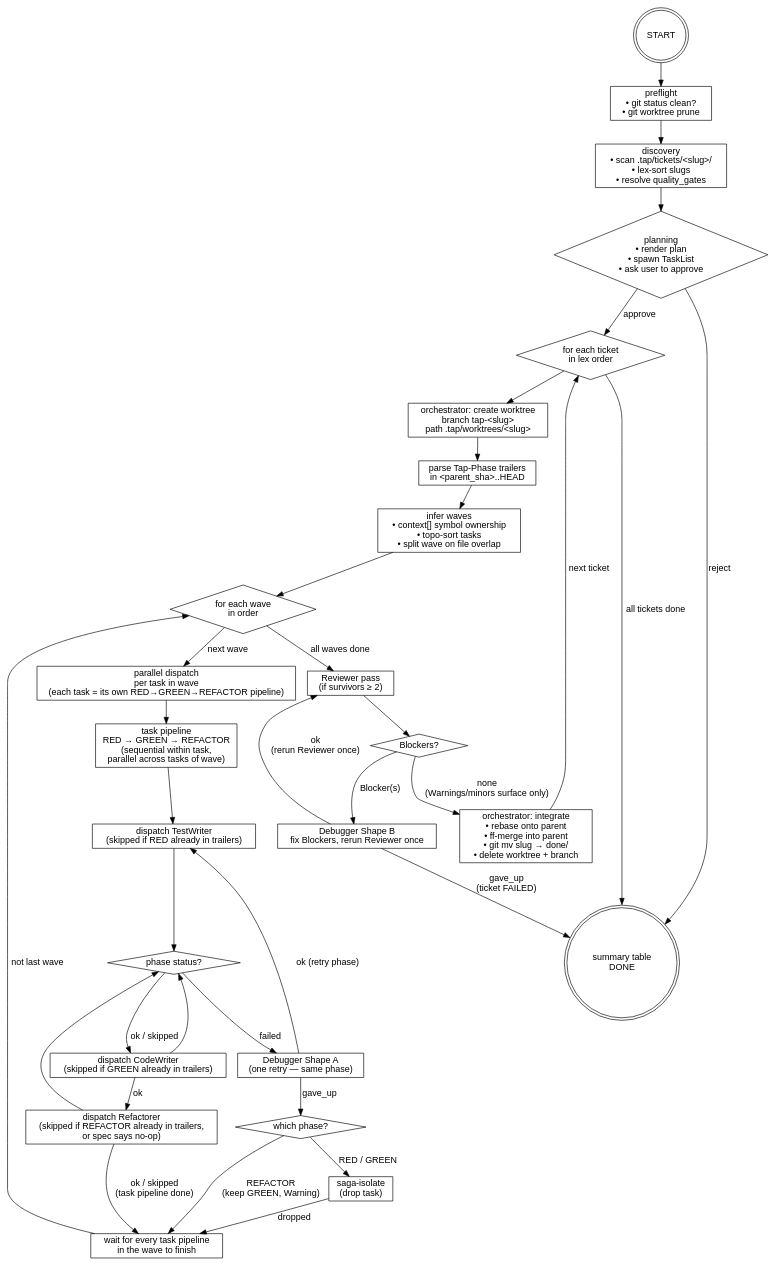
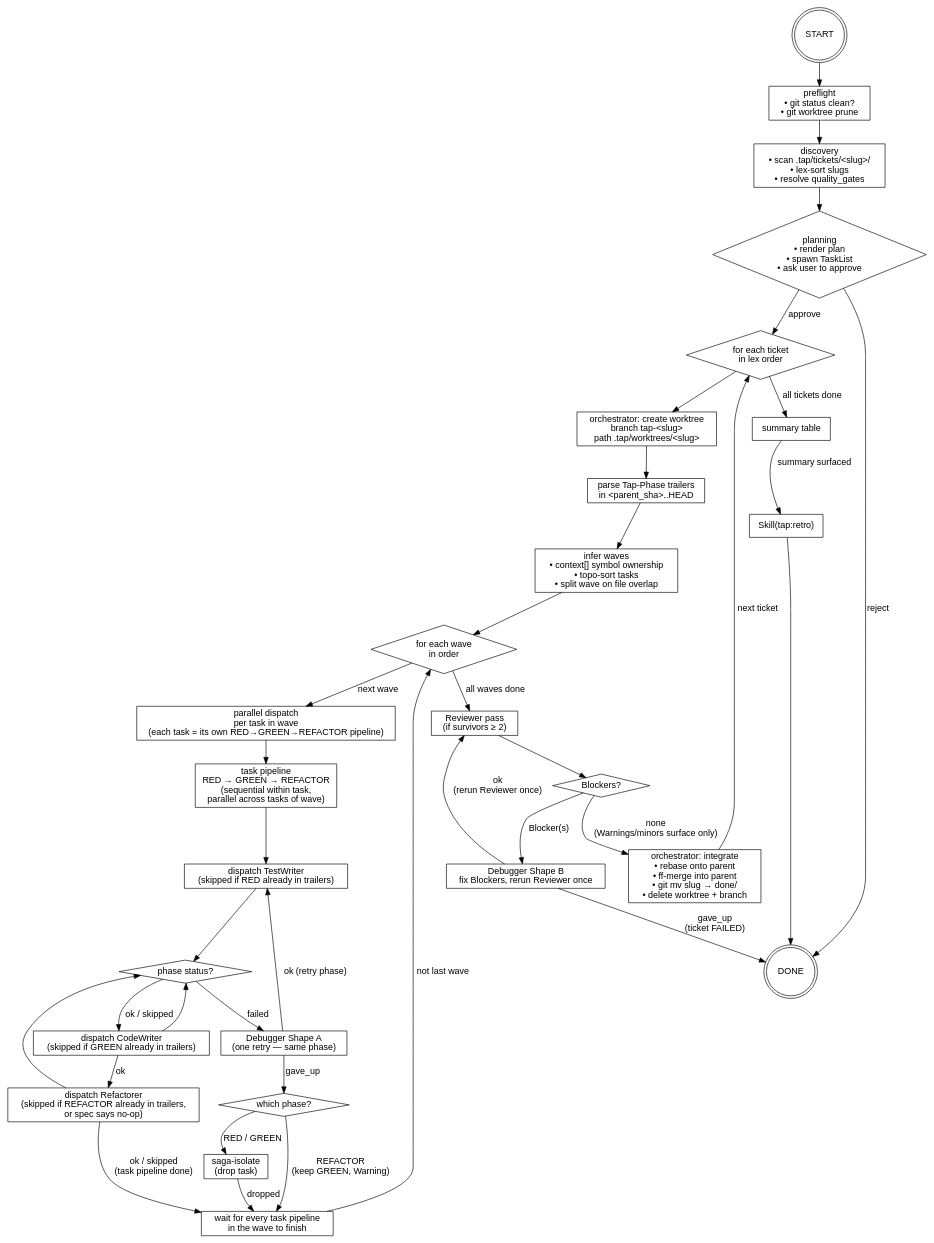
The diagram in skills/run/RUN_FLOW.md (bjspdn/tap-skills), drawn with Graphviz before and after one commit. The commit also changed other lines of this file and 5 other files, not shown here.

Commit message:
refactor: forkroad at tap:into + tap:retro instant spawn + tweaks

````diff
--- a/skills/run/RUN_FLOW.md
+++ b/skills/run/RUN_FLOW.md
@@ -7,66 +7,70 @@
 ```dot
 digraph tap_run {
   rankdir=TB;
   node  [shape=box, fontname="Helvetica"];
   edge  [fontname="Helvetica"];
 
   start      [label="START", shape=doublecircle];
   preflight  [label="preflight\n• git status clean?\n• git worktree prune"];
   discovery  [label="discovery\n• scan .tap/tickets/<slug>/\n• lex-sort slugs\n• resolve quality_gates"];
   planning   [label="planning\n• render plan\n• spawn TaskList\n• ask user to approve", shape=diamond];
 
   ticket_in  [label="for each ticket\nin lex order", shape=diamond];
   wt_create  [label="orchestrator: create worktree\nbranch tap-<slug>\npath .tap/worktrees/<slug>"];
   resume     [label="parse Tap-Phase trailers\nin <parent_sha>..HEAD"];
   waves      [label="infer waves\n• context[] symbol ownership\n• topo-sort tasks\n• split wave on file overlap"];
 
   wave_in    [label="for each wave\nin order", shape=diamond];
   fanout     [label="parallel dispatch\nper task in wave\n(each task = its own RED→GREEN→REFACTOR pipeline)"];
   task_pipe  [label="task pipeline\nRED → GREEN → REFACTOR\n(sequential within task,\nparallel across tasks of wave)"];
 
   red        [label="dispatch TestWriter\n(skipped if RED already in trailers)"];
   green      [label="dispatch CodeWriter\n(skipped if GREEN already in trailers)"];
   refactor   [label="dispatch Refactorer\n(skipped if REFACTOR already in trailers,\n or spec says no-op)"];
   phase_ok   [label="phase status?", shape=diamond];
   debug_a    [label="Debugger Shape A\n(one retry — same phase)"];
   phase_q    [label="which phase?", shape=diamond];
   saga_drop  [label="saga-isolate\n(drop task)"];
   wave_join  [label="wait for every task pipeline\nin the wave to finish"];
 
   review     [label="Reviewer pass\n(if survivors ≥ 2)"];
   blockers   [label="Blockers?", shape=diamond];
   debug_b    [label="Debugger Shape B\nfix Blockers, rerun Reviewer once"];
 
   merge      [label="orchestrator: integrate\n• rebase onto parent\n• ff-merge into parent\n• git mv slug → done/\n• delete worktree + branch"];
 
-  finish     [label="summary table\nDONE", shape=doublecircle];
+  summary    [label="summary table"];
+  retro      [label="Skill(tap:retro)"];
+  finish     [label="DONE", shape=doublecircle];
 
   start     -> preflight -> discovery -> planning;
   planning  -> finish     [label="reject"];
   planning  -> ticket_in  [label="approve"];
   ticket_in -> wt_create  -> resume -> waves -> wave_in;
   wave_in   -> fanout     [label="next wave"];
   fanout    -> task_pipe;
   task_pipe -> red        -> phase_ok;
   phase_ok  -> green      [label="ok / skipped"];
   phase_ok  -> debug_a    [label="failed"];
   green     -> phase_ok;
   refactor  -> phase_ok;
   green     -> refactor   [label="ok"];
   refactor  -> wave_join  [label="ok / skipped\n(task pipeline done)"];
   debug_a   -> red        [label="ok (retry phase)"];
   debug_a   -> phase_q    [label="gave_up"];
   phase_q   -> saga_drop  [label="RED / GREEN"];
   phase_q   -> wave_join  [label="REFACTOR\n(keep GREEN, Warning)"];
   saga_drop -> wave_join  [label="dropped"];
   wave_join -> wave_in    [label="not last wave"];
   wave_in   -> review     [label="all waves done"];
   review    -> blockers;
   blockers  -> merge      [label="none\n(Warnings/minors surface only)"];
   blockers  -> debug_b    [label="Blocker(s)"];
   debug_b   -> review     [label="ok\n(rerun Reviewer once)"];
   debug_b   -> finish     [label="gave_up\n(ticket FAILED)"];
   merge     -> ticket_in  [label="next ticket"];
-  ticket_in -> finish     [label="all tickets done"];
+  ticket_in -> summary    [label="all tickets done"];
+  summary   -> retro      [label="summary surfaced"];
+  retro     -> finish;
 }
 ```
````
